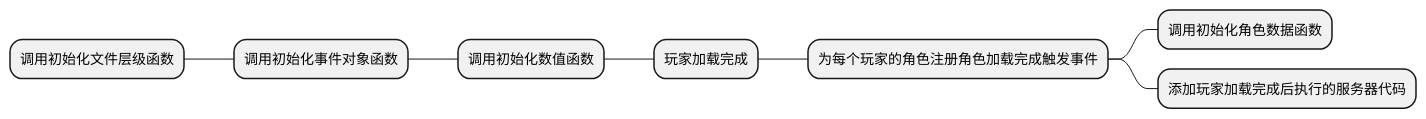
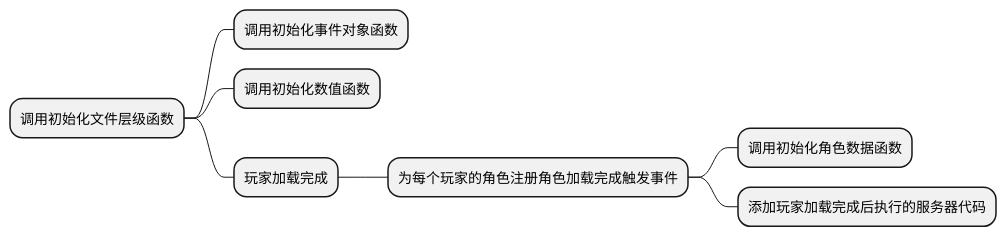
One commit to myrainbowcolor/Rworlder changed the diagram in docs/ReWorld编程模板目录/模板/编程框架/Server_Main.md. Above: the diagram before and after it, drawn with PlantUML. The commit also changed 5 other files, not shown here.

````diff
--- a/docs/ReWorld编程模板目录/模板/编程框架/Server_Main.md
+++ b/docs/ReWorld编程模板目录/模板/编程框架/Server_Main.md
@@ -7,11 +7,11 @@
 ```plantuml
 @startmindmap
 * 调用初始化文件层级函数
 ** 调用初始化事件对象函数
-*** 调用初始化数值函数
-**** 玩家加载完成
-***** 为每个玩家的角色注册角色加载完成触发事件
-****** 调用初始化角色数据函数
-****** 添加玩家加载完成后执行的服务器代码
+** 调用初始化数值函数
+** 玩家加载完成
+*** 为每个玩家的角色注册角色加载完成触发事件
+**** 调用初始化角色数据函数
+**** 添加玩家加载完成后执行的服务器代码
 @endmindmap
 ```
````
